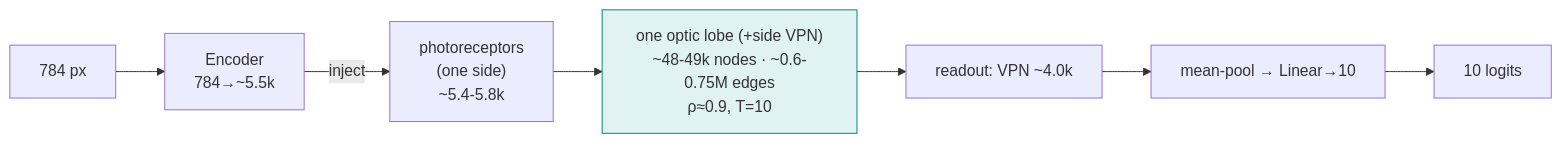
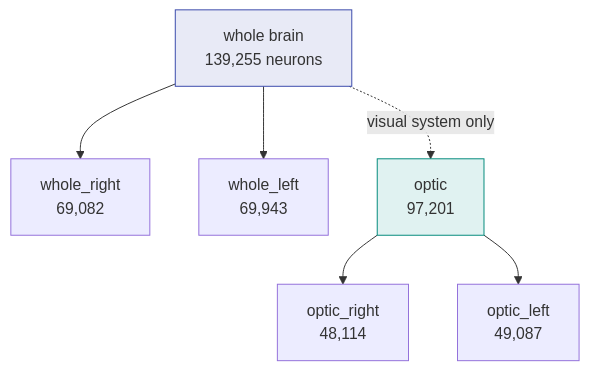
Before and after one commit to Mabdel-03/Drosophila-Connectomics---Deep-Learning: the fourth of 6 diagrams in 3 - Modeling/MODELS.md, drawn with Mermaid. The commit also changed other lines of this file and 2 other files, not shown here.

````diff
--- a/3 - Modeling/MODELS.md
+++ b/3 - Modeling/MODELS.md
@@ -135,9 +192,11 @@
 ```mermaid
-flowchart LR
-    I["784 px"] --> E["Encoder<br/>784→~5.5k"]
-    E -->|inject| PR["photoreceptors<br/>(one side)<br/>~5.4-5.8k"]
-    PR --> B["one optic lobe (+side VPN)<br/>~48-49k nodes · ~0.6-0.75M edges<br/>ρ≈0.9, T=10"]
-    B --> R["readout: VPN ~4.0k"]
-    R --> H["mean-pool → Linear→10"] --> O["10 logits"]
-    style B fill:#e0f2f1,stroke:#00897b
+flowchart TD
+    W["whole brain<br/>139,255 neurons"]
+    W --> WR["whole_right<br/>69,082"]
+    W --> WL["whole_left<br/>69,943"]
+    W -. "visual system only" .-> O["optic<br/>97,201"]
+    O --> OR["optic_right<br/>48,114"]
+    O --> OL["optic_left<br/>49,087"]
+    style W fill:#e8eaf6,stroke:#3949ab
+    style O fill:#e0f2f1,stroke:#00897b
 ```
````
